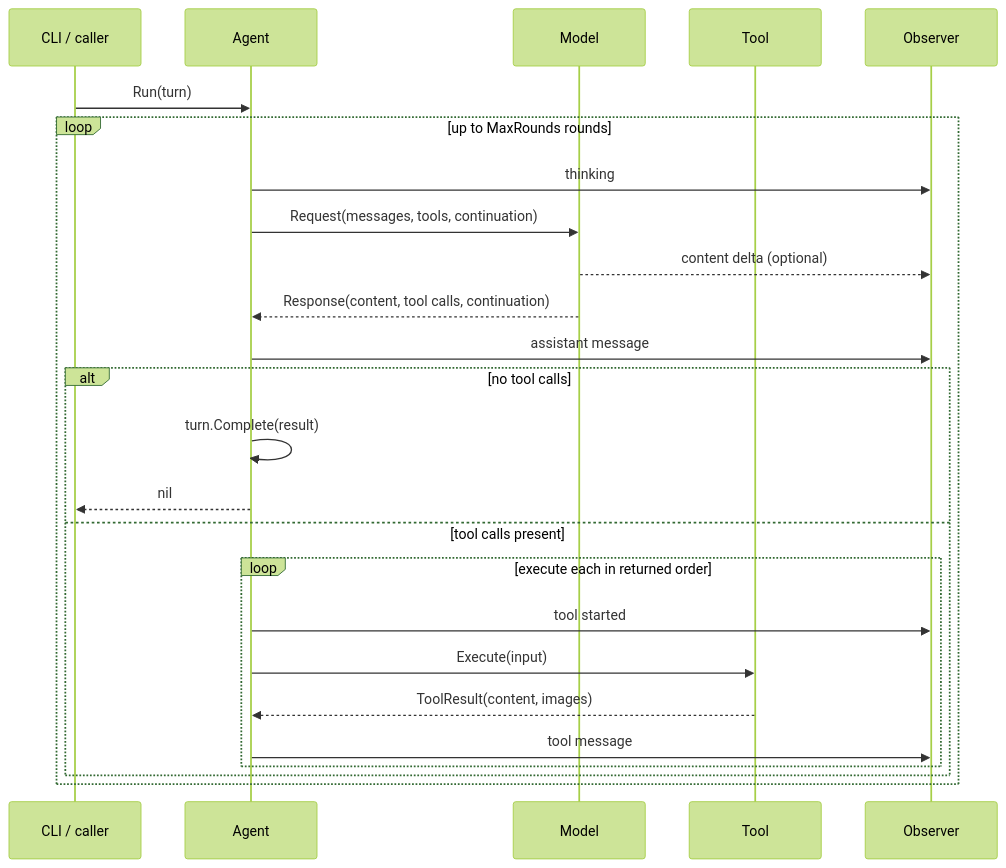
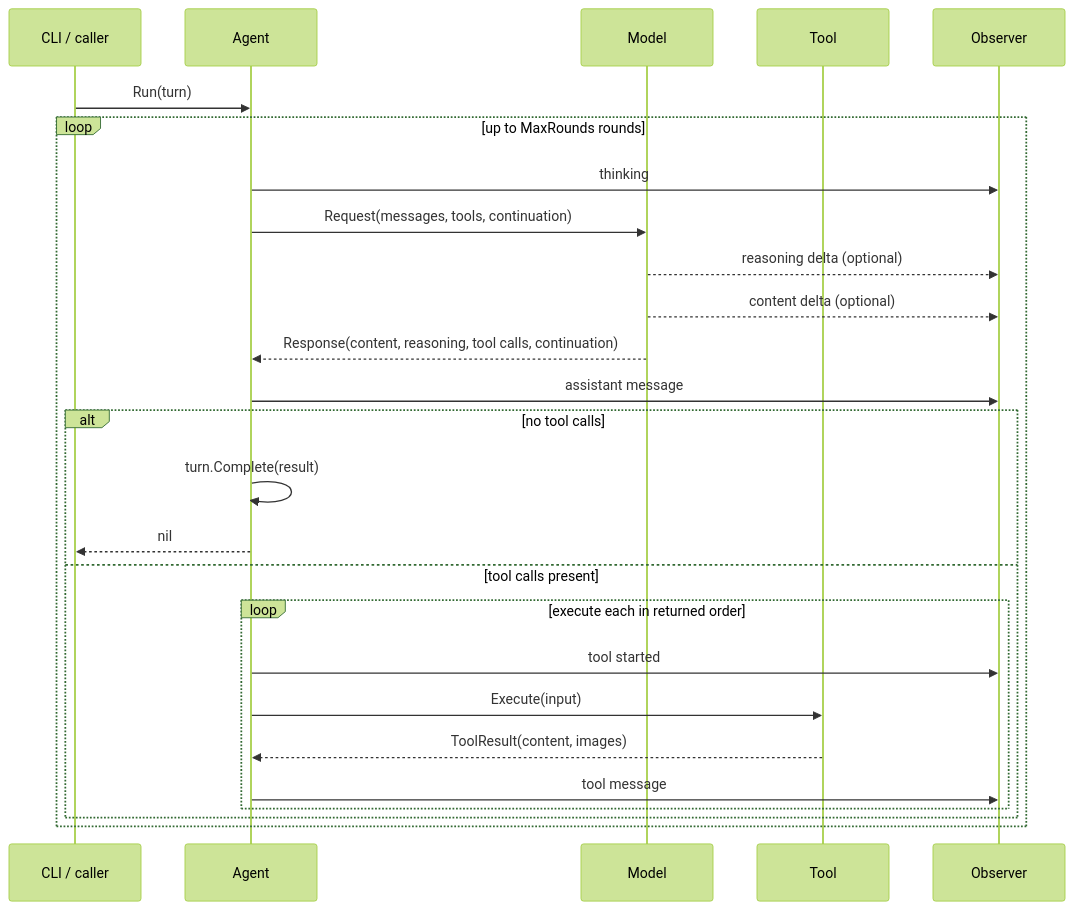
One commit to lgxz/dora changed the second of 2 diagrams in docs/architecture.md. Above: the diagram before and after it, drawn with Mermaid (forest theme). The commit also changed other lines of this file and 20 other files, not shown here.

````diff
--- a/docs/architecture.md
+++ b/docs/architecture.md
@@ -158,28 +158,29 @@
 ```mermaid
 sequenceDiagram
     participant C as CLI / caller
     participant A as Agent
     participant M as Model
     participant T as Tool
     participant O as Observer
 
     C->>A: Run(turn)
     loop up to MaxRounds rounds
         A->>O: thinking
         A->>M: Request(messages, tools, continuation)
+        M-->>O: reasoning delta (optional)
         M-->>O: content delta (optional)
-        M-->>A: Response(content, tool calls, continuation)
+        M-->>A: Response(content, reasoning, tool calls, continuation)
         A->>O: assistant message
         alt no tool calls
             A->>A: turn.Complete(result)
             A-->>C: nil
         else tool calls present
             loop execute each in returned order
                 A->>O: tool started
                 A->>T: Execute(input)
                 T-->>A: ToolResult(content, images)
                 A->>O: tool message
             end
         end
     end
 ```
````
